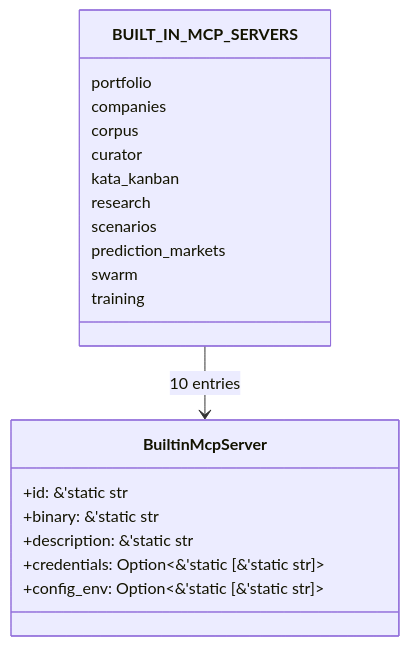
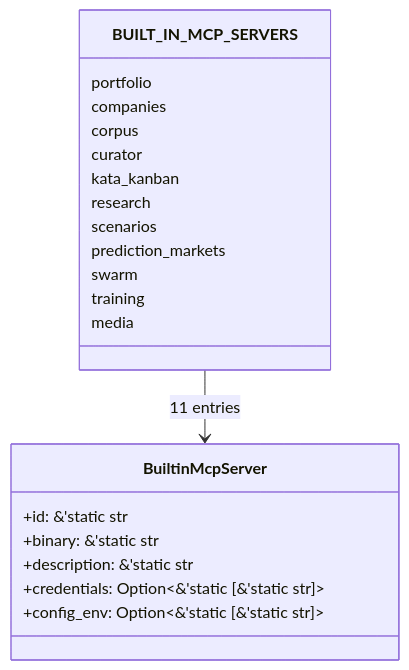
Before and after one commit to mdz-axo/zed-kask: the second of 3 diagrams in kask/docs/diataxis/kask_bridge/reference.md, drawn with Mermaid. The commit also changed other lines of this file and 41 other files, not shown here.

````diff
--- a/kask/docs/diataxis/kask_bridge/reference.md
+++ b/kask/docs/diataxis/kask_bridge/reference.md
@@ -224,23 +252,24 @@
 ```mermaid
 classDiagram
     class BuiltinMcpServer {
         +id: &'static str
         +binary: &'static str
         +description: &'static str
         +credentials: Option~&'static [&'static str]~
         +config_env: Option~&'static [&'static str]~
     }
     class BUILT_IN_MCP_SERVERS {
         portfolio
         companies
         corpus
         curator
         kata_kanban
         research
         scenarios
         prediction_markets
         swarm
         training
+        media
     }
-    BUILT_IN_MCP_SERVERS --> BuiltinMcpServer : 10 entries
+    BUILT_IN_MCP_SERVERS --> BuiltinMcpServer : 11 entries
 ```
````
